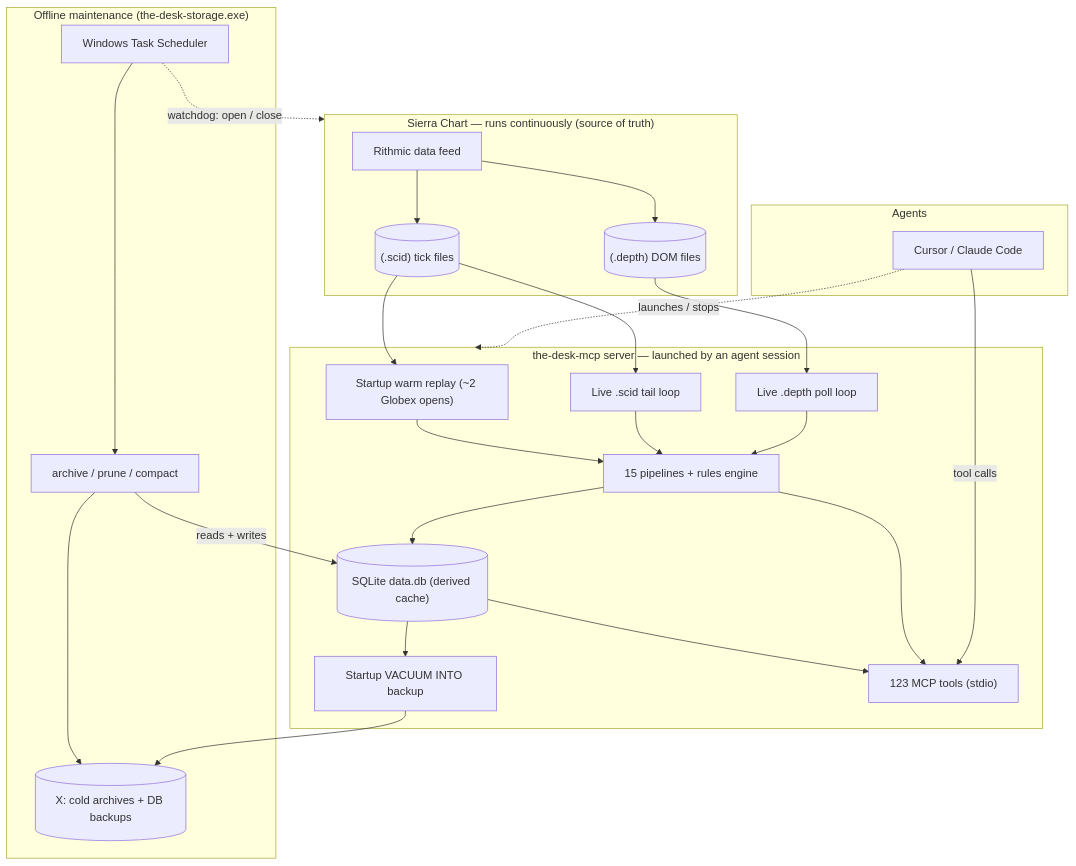
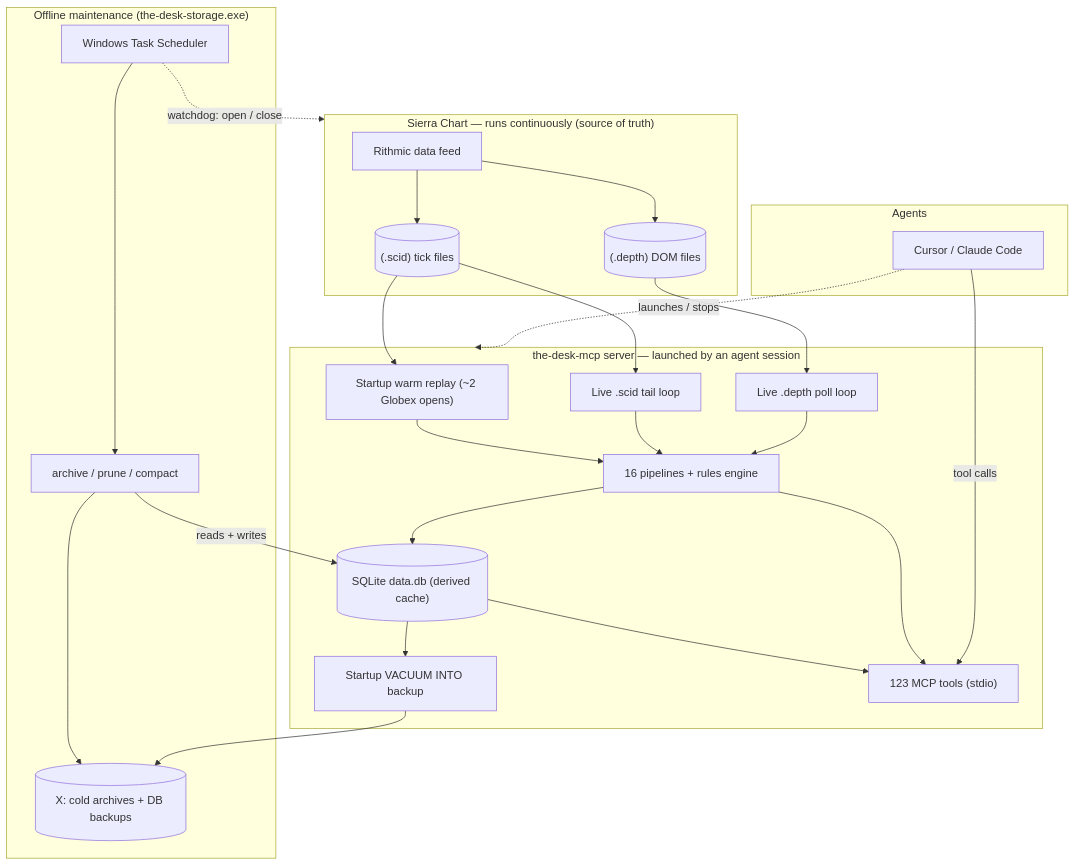
One commit to alecwardd/the-desk changed the diagram in docs/architecture/data-flow.md. Above: the diagram before and after it, drawn with Mermaid. The commit also changed 27 other files, not shown here.

````diff
--- a/docs/architecture/data-flow.md
+++ b/docs/architecture/data-flow.md
@@ -20,48 +20,48 @@
 ```mermaid
 flowchart TB
     subgraph SIERRA["Sierra Chart — runs continuously (source of truth)"]
         FEED["Rithmic data feed"]
         SCID[("(.scid) tick files")]
         DEPTH[("(.depth) DOM files")]
         FEED --> SCID
         FEED --> DEPTH
     end
 
     subgraph SERVER["the-desk-mcp server — launched by an agent session"]
         WARM["Startup warm replay (~2 Globex opens)"]
         TAIL["Live .scid tail loop"]
         DLOOP["Live .depth poll loop"]
-        PIPE["15 pipelines + rules engine"]
+        PIPE["16 pipelines + rules engine"]
         DB[("SQLite data.db (derived cache)")]
         BK["Startup VACUUM INTO backup"]
         TOOLS["123 MCP tools (stdio)"]
         WARM --> PIPE
         TAIL --> PIPE
         DLOOP --> PIPE
         PIPE --> DB
         DB --> TOOLS
         PIPE --> TOOLS
         DB --> BK
     end
 
     subgraph AGENTS["Agents"]
         CURSOR["Cursor / Claude Code"]
     end
 
     subgraph MAINT["Offline maintenance (the-desk-storage.exe)"]
         STORE["archive / prune / compact"]
         COLD[("X: cold archives + DB backups")]
         TASKS["Windows Task Scheduler"]
     end
 
     SCID --> WARM
     SCID --> TAIL
     DEPTH --> DLOOP
     CURSOR -->|tool calls| TOOLS
     CURSOR -.->|launches / stops| SERVER
     STORE -->|reads + writes| DB
     STORE --> COLD
     BK --> COLD
     TASKS --> STORE
     TASKS -.->|watchdog: open / close| SIERRA
 ```
````
